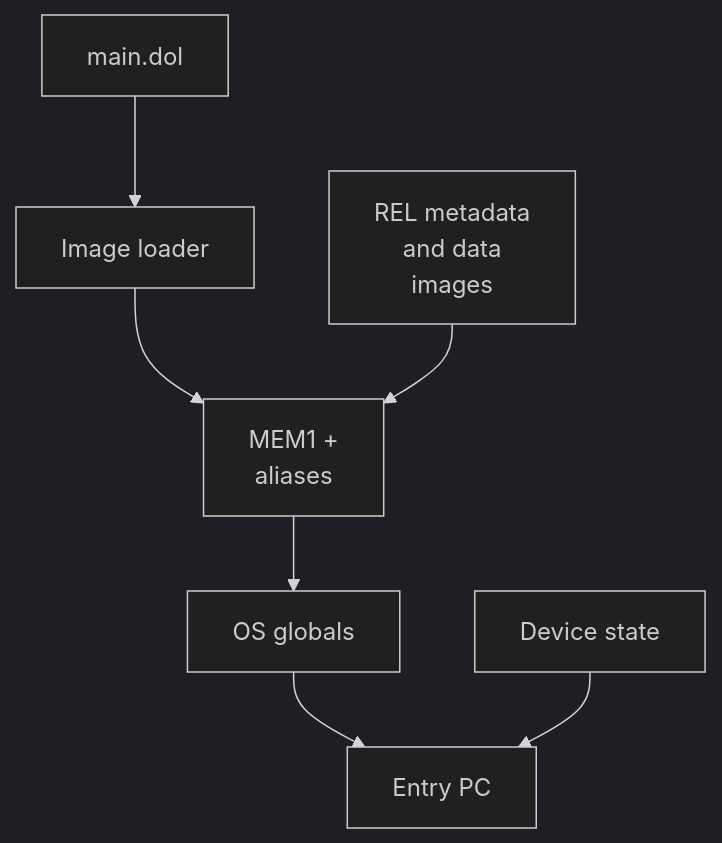
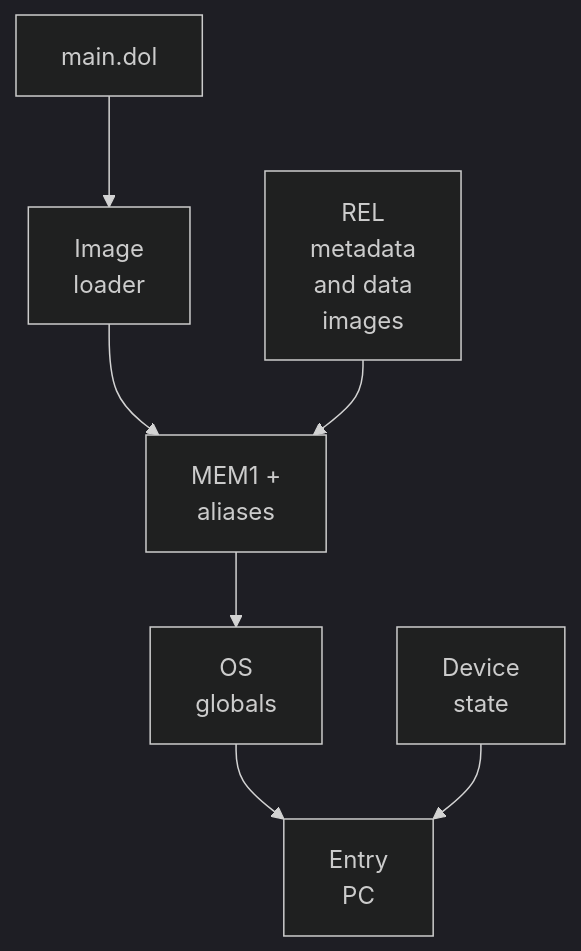
The fifth of 5 diagrams in docs/architecture/runtime/GuestState.md (Aelbannan/boat_of_daphnes), drawn with Mermaid (dark theme) before and after one commit.

Commit message:
docs: wrap guest-state diagram labels

````diff
--- a/docs/architecture/runtime/GuestState.md
+++ b/docs/architecture/runtime/GuestState.md
@@ -302,18 +302,23 @@
 ```mermaid
 flowchart TD
     DOL["main.dol"]
-    REL["`REL metadata
+    REL["`REL
+metadata
 and data
 images`"]
-    Loader["Image loader"]
+    Loader["`Image
+loader`"]
     Memory["`MEM1 +
 aliases`"]
-    OS["OS globals"]
-    Devices["Device state"]
-    PC["Entry PC"]
+    OS["`OS
+globals`"]
+    Devices["`Device
+state`"]
+    PC["`Entry
+PC`"]
 
     DOL --> Loader --> Memory
     REL --> Memory
     Memory --> OS --> PC
     Devices --> PC
 ```
````
